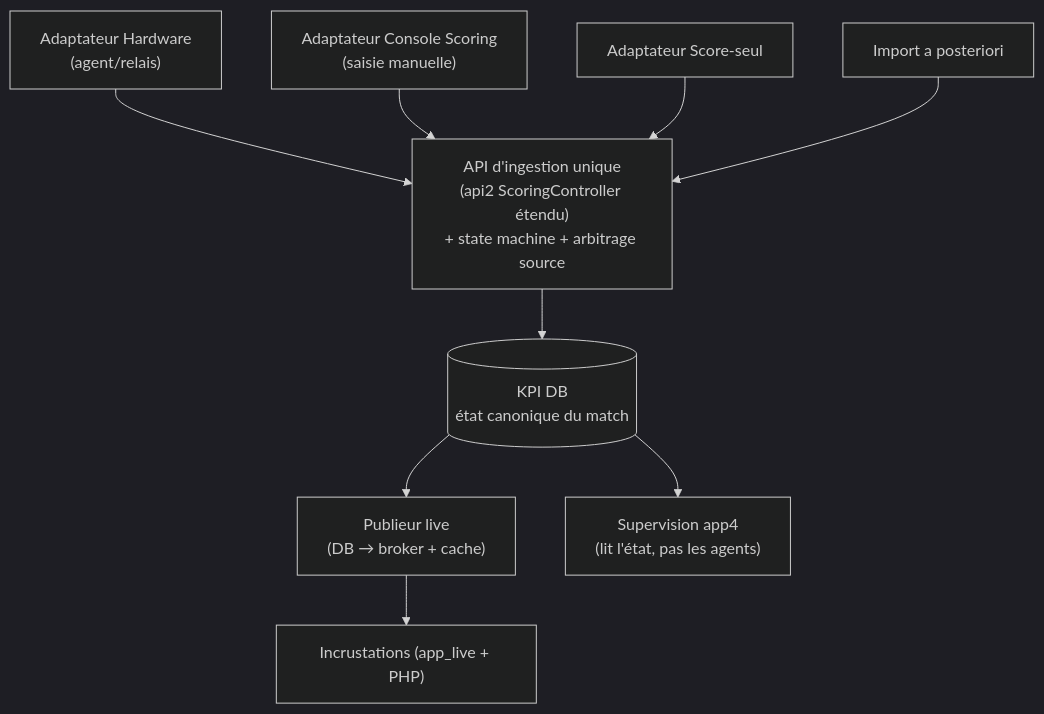
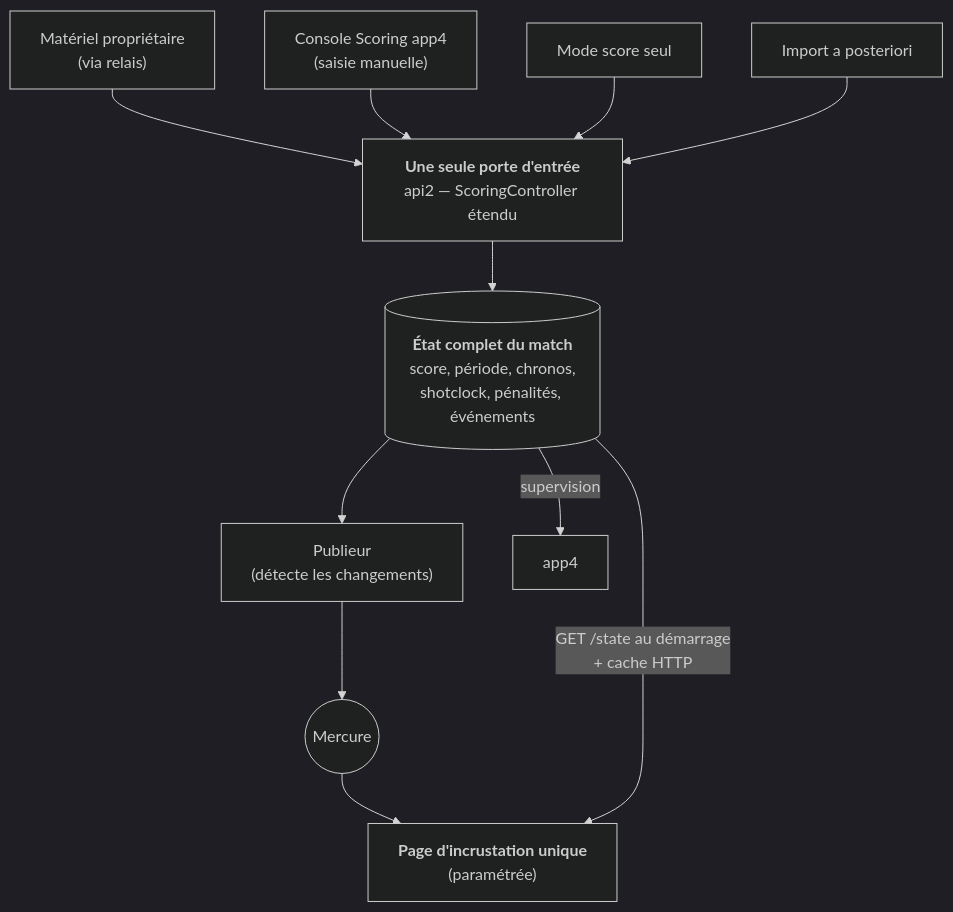
Before and after one commit to laurentgarrigue/kpi: the diagram in DOC/developer/reference/LIVE_MATCH_SCORING_REFACTORING_PROPOSALS.md, drawn with Mermaid (dark theme). The commit also changed other lines of this file and 3 other files, not shown here.

First line of the commit message:
docs: simplifie le plan de refonte scoring live + anonymise le matériel

````diff
--- a/DOC/developer/reference/LIVE_MATCH_SCORING_REFACTORING_PROPOSALS.md
+++ b/DOC/developer/reference/LIVE_MATCH_SCORING_REFACTORING_PROPOSALS.md
@@ -308,11 +88,15 @@
 ```mermaid
 flowchart TB
-    HW["Adaptateur Hardware<br/>(agent/relais)"] --> ING
-    MAN["Adaptateur Console Scoring<br/>(saisie manuelle)"] --> ING
-    SCO["Adaptateur Score-seul"] --> ING
+    HW["Matériel propriétaire<br/>(via relais)"] --> ING
+    MAN["Console Scoring app4<br/>(saisie manuelle)"] --> ING
+    SCO["Mode score seul"] --> ING
     IMP["Import a posteriori"] --> ING
-    ING["API d'ingestion unique<br/>(api2 ScoringController étendu)<br/>+ state machine + arbitrage source"] --> DB[("KPI DB<br/>état canonique du match")]
-    DB --> PUB["Publieur live<br/>(DB → broker + cache)"]
-    PUB --> LIVE["Incrustations (app_live + PHP)"]
-    DB --> SUP["Supervision app4<br/>(lit l'état, pas les agents)"]
+
+    ING["<b>Une seule porte d'entrée</b><br/>api2 — ScoringController étendu"] --> DB[("<b>État complet du match</b><br/>score, période, chronos,<br/>shotclock, pénalités, événements")]
+
+    DB --> PUB["Publieur<br/>(détecte les changements)"]
+    PUB --> MER(("Mercure"))
+    MER --> INC["<b>Page d'incrustation unique</b><br/>(paramétrée)"]
+    DB -->|GET /state au démarrage<br/>+ cache HTTP| INC
+    DB -->|supervision| APP4["app4"]
 ```
````
